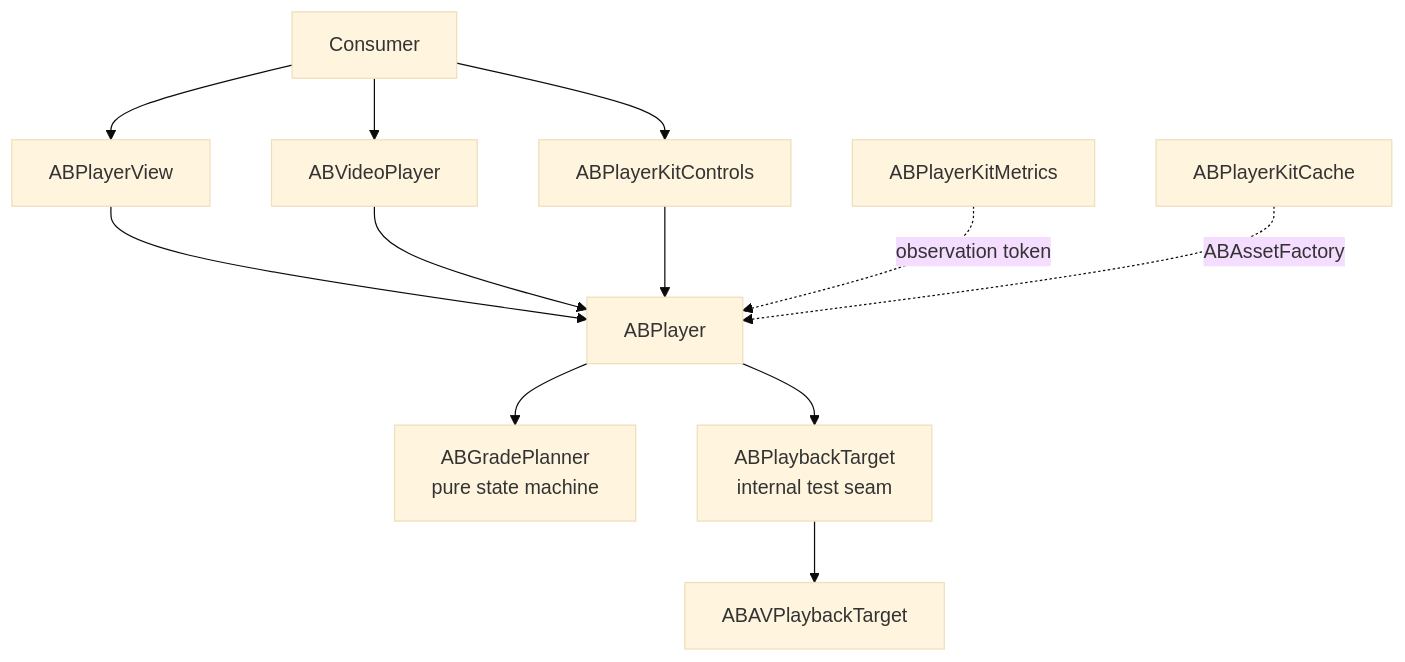
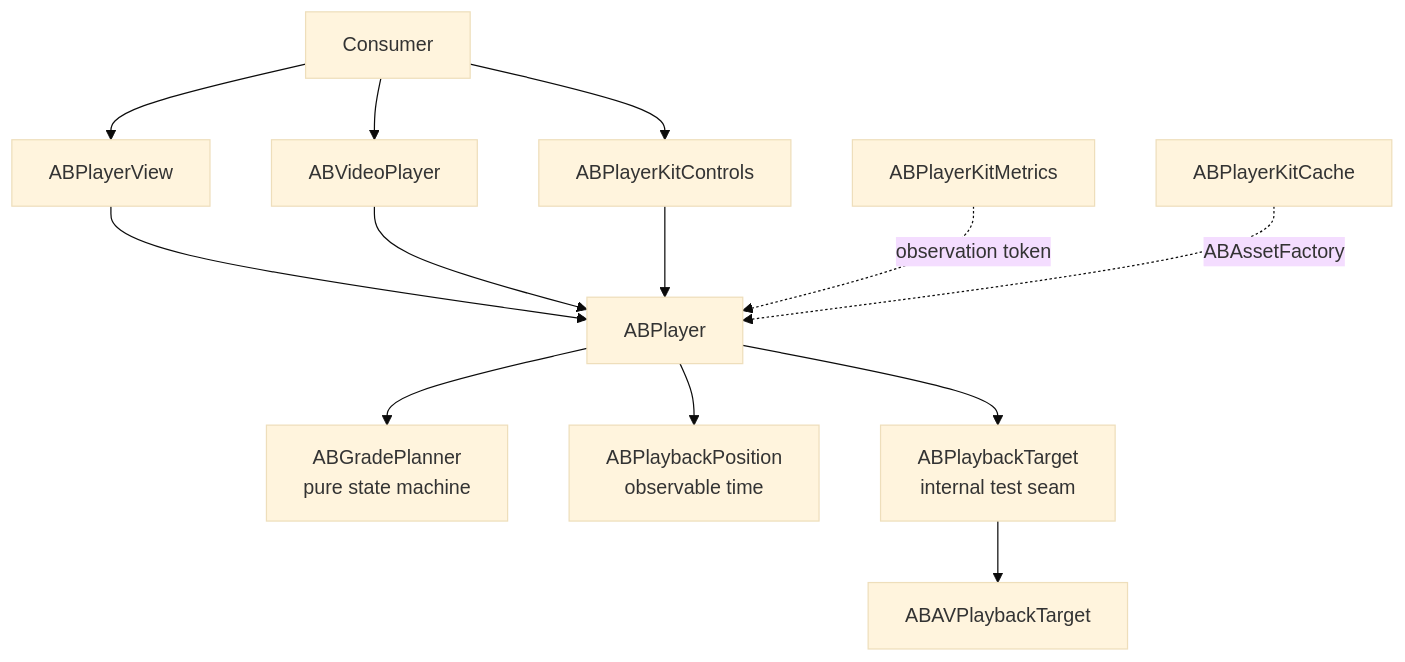
The diagram in README.md (AppBoong/ABPlayerKit), drawn with Mermaid (base theme) before and after one commit. The commit also changed other lines of this file and 1 other file, not shown here.

First line of the commit message:
docs(readme): add Design Highlights and the observable-position step

````diff
--- a/README.md
+++ b/README.md
@@ -460,14 +491,15 @@
 ```mermaid
 flowchart TD
     Consumer --> PlayerView[ABPlayerView]
     Consumer --> VideoPlayer[ABVideoPlayer]
     Consumer --> Controls[ABPlayerKitControls]
     PlayerView --> Player[ABPlayer]
     VideoPlayer --> Player
     Controls --> Player
     Player --> Planner[ABGradePlanner<br/>pure state machine]
+    Player --> Position[ABPlaybackPosition<br/>observable time]
     Player --> Target[ABPlaybackTarget<br/>internal test seam]
     Target --> AVTarget[ABAVPlaybackTarget]
     Metrics[ABPlayerKitMetrics] -. observation token .-> Player
     Cache[ABPlayerKitCache] -. ABAssetFactory .-> Player
 ```
````
